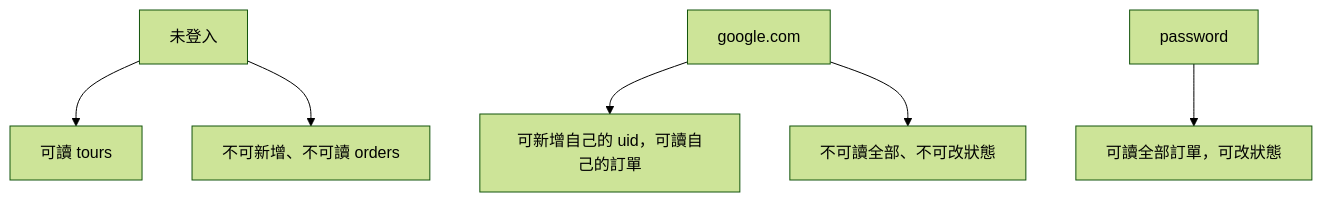
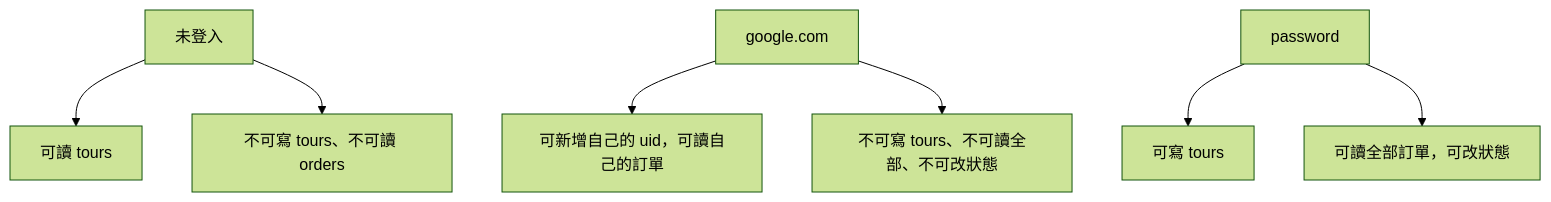
Before and after one commit to summer10920/summer10920.github.io: the fifth of 5 diagrams in source/_posts/lokiTech-15day-13-project-travel-api.md, drawn with Mermaid (forest theme). The commit also changed other lines of this file and 1 other file, not shown here.

Commit message:
講義 12、13：後台行程完整 CRUD（圖庫多列、每日行程、梯次、精選）、訂單軟刪說明、管理員寫入規則

```diff
--- a/source/_posts/lokiTech-15day-13-project-travel-api.md
+++ b/source/_posts/lokiTech-15day-13-project-travel-api.md
@@ -1858,7 +1943,8 @@
 {% mermaid graph TD %}
   guest["未登入"] --> readTours["可讀 tours"]
-  guest --> deny["不可新增、不可讀 orders"]
+  guest --> deny["不可寫 tours、不可讀 orders"]
   google["google.com"] --> own["可新增自己的 uid，可讀自己的訂單"]
-  google --> denyAdmin["不可讀全部、不可改狀態"]
-  password["password"] --> all["可讀全部訂單，可改狀態"]
+  google --> denyAdmin["不可寫 tours、不可讀全部、不可改狀態"]
+  password["password"] --> writeTours["可寫 tours"]
+  password --> all["可讀全部訂單，可改狀態"]
 {% endmermaid %}
```
